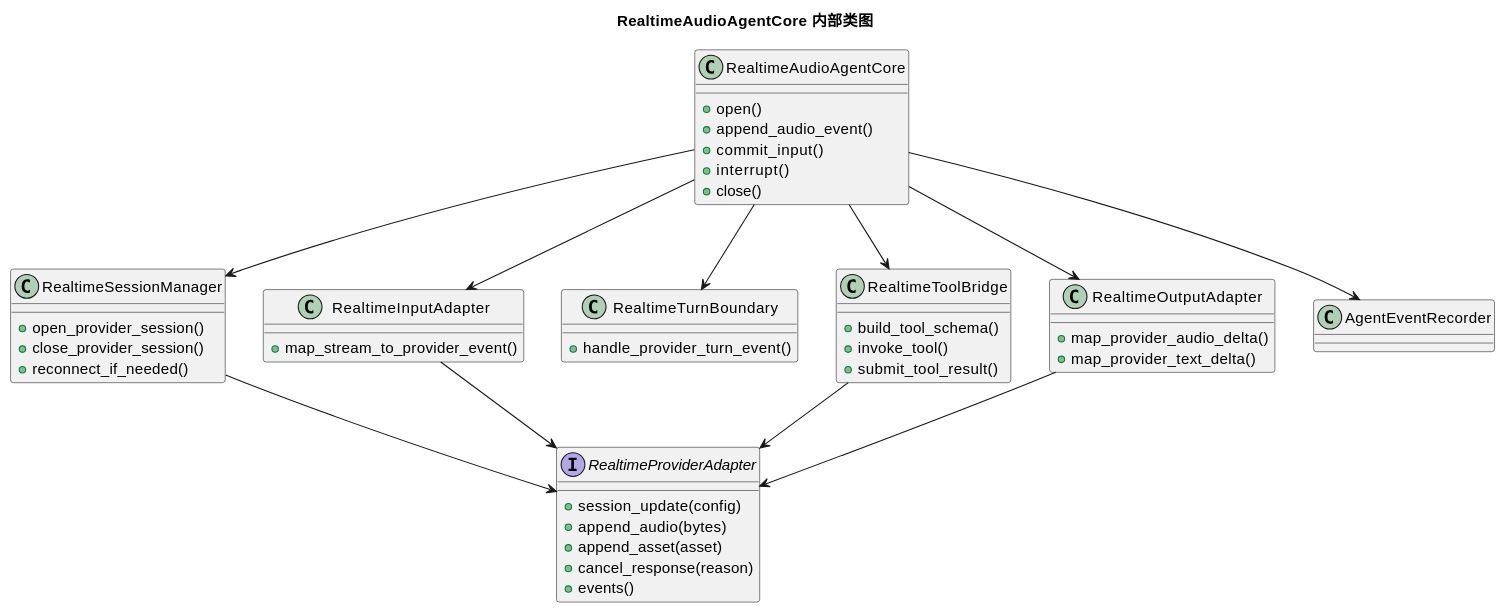
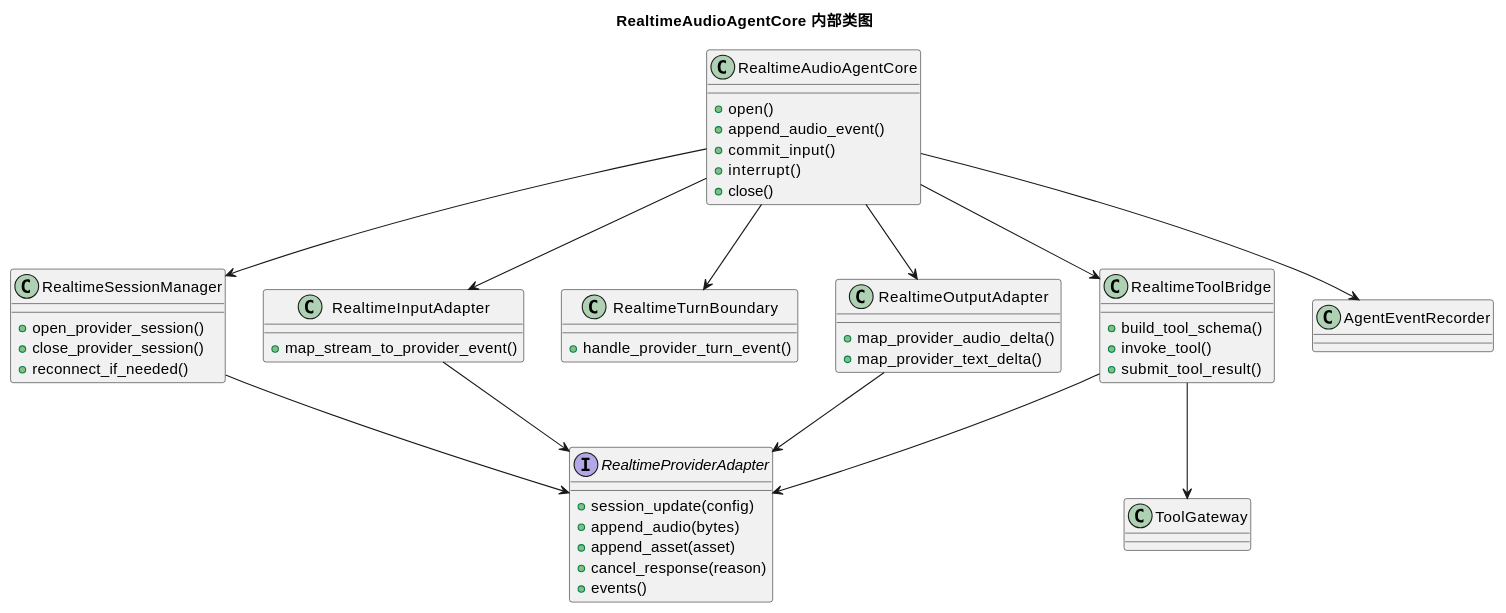
Diagram 11 of 18 in audio-chat/docs/audio-chat-sdk-architecture.md (HengeLiu/RealtimeAgent), drawn with PlantUML before and after one commit. The commit also changed other lines of this file and 34 other files, not shown here.

````diff
--- a/audio-chat/docs/audio-chat-sdk-architecture.md
+++ b/audio-chat/docs/audio-chat-sdk-architecture.md
@@ -1561,59 +1883,61 @@
 ```plantuml
 @startuml
 title RealtimeAudioAgentCore 内部类图
 
 class RealtimeAudioAgentCore {
   +open()
   +append_audio_event()
   +commit_input()
   +interrupt()
   +close()
 }
 
 class RealtimeSessionManager {
   +open_provider_session()
   +close_provider_session()
   +reconnect_if_needed()
 }
 
 interface RealtimeProviderAdapter {
   +session_update(config)
   +append_audio(bytes)
   +append_asset(asset)
   +cancel_response(reason)
   +events()
 }
 
 class RealtimeInputAdapter {
   +map_stream_to_provider_event()
 }
 
 class RealtimeTurnBoundary {
   +handle_provider_turn_event()
 }
 
 class RealtimeToolBridge {
   +build_tool_schema()
   +invoke_tool()
   +submit_tool_result()
 }
 
 class RealtimeOutputAdapter {
   +map_provider_audio_delta()
   +map_provider_text_delta()
 }
 
 class AgentEventRecorder
+class ToolGateway
 
 RealtimeAudioAgentCore --> RealtimeSessionManager
 RealtimeAudioAgentCore --> RealtimeInputAdapter
 RealtimeAudioAgentCore --> RealtimeTurnBoundary
 RealtimeAudioAgentCore --> RealtimeToolBridge
 RealtimeAudioAgentCore --> RealtimeOutputAdapter
 RealtimeAudioAgentCore --> AgentEventRecorder
 RealtimeSessionManager --> RealtimeProviderAdapter
 RealtimeInputAdapter --> RealtimeProviderAdapter
 RealtimeToolBridge --> RealtimeProviderAdapter
+RealtimeToolBridge --> ToolGateway
 RealtimeOutputAdapter --> RealtimeProviderAdapter
 @enduml
 ```
````
